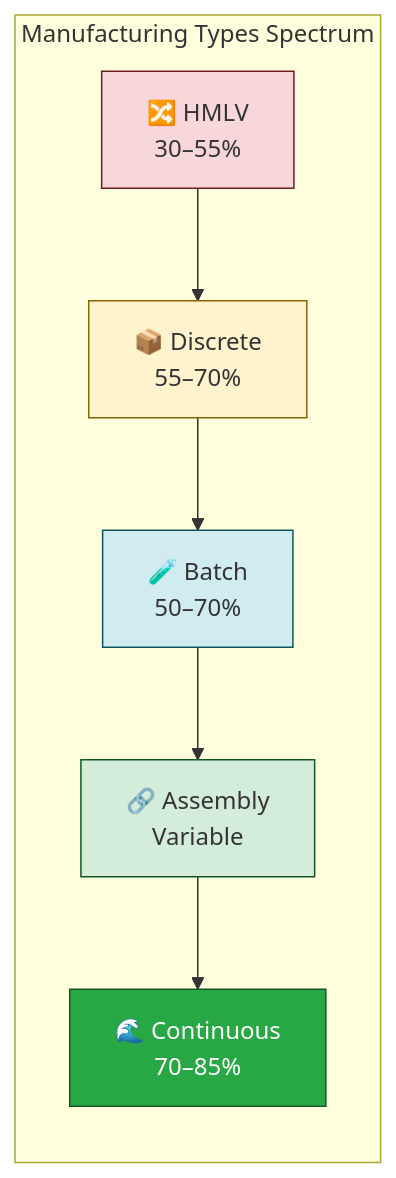
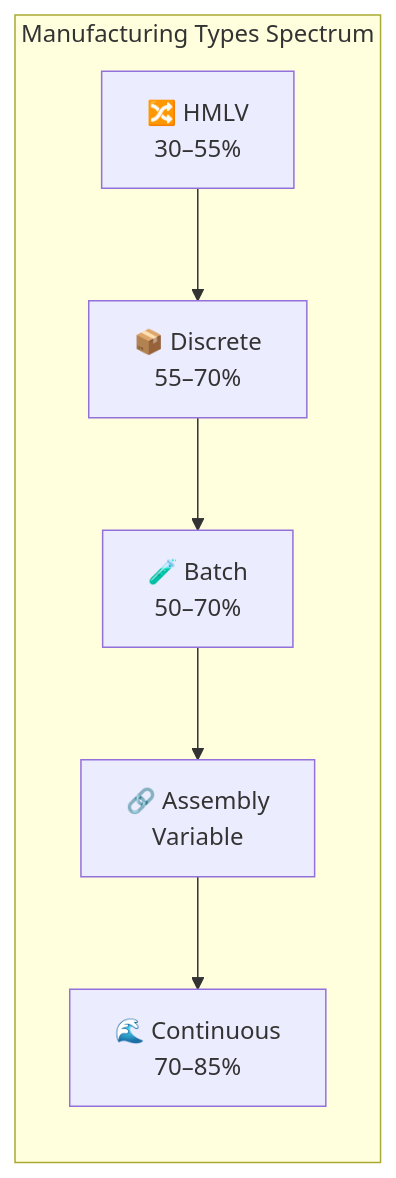
Before and after one commit to faris-isa/hermes-research: the diagram in content/knowledge/oee/manufacturing-types.md, drawn with Mermaid. The commit also changed 5 other files, not shown here.

First line of the commit message:
fix: remove custom Mermaid styling for dark theme compatibility (#8)

````diff
--- a/content/knowledge/oee/manufacturing-types.md
+++ b/content/knowledge/oee/manufacturing-types.md
@@ -226,15 +226,9 @@
 ```mermaid
 graph LR
     subgraph "Manufacturing Types Spectrum"
     HMLV["🔀 HMLV<br/>30–55%"] --> DIS["📦 Discrete<br/>55–70%"]
     DIS --> BAT["🧪 Batch<br/>50–70%"]
     BAT --> ASM["🔗 Assembly<br/>Variable"]
     ASM --> CON["🌊 Continuous<br/>70–85%"]
     end
-
-    style HMLV fill:#f8d7da,stroke:#721c24
-    style DIS fill:#fff3cd,stroke:#856404
-    style BAT fill:#d1ecf1,stroke:#0c5460
-    style ASM fill:#d4edda,stroke:#155724
-    style CON fill:#28a745,stroke:#155724,color:#fff
 ```
````
